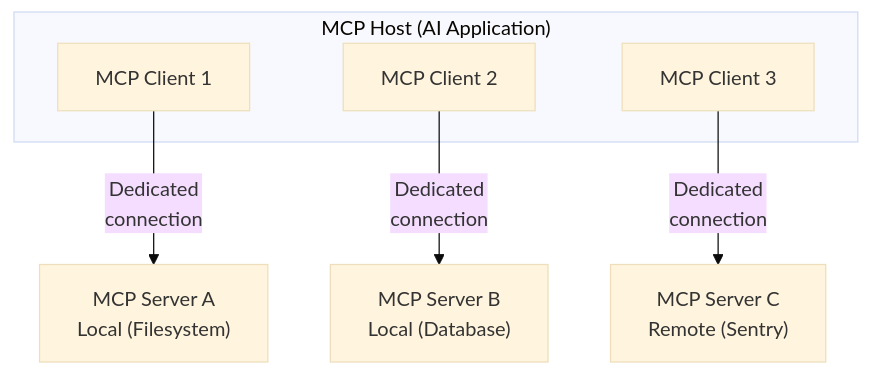
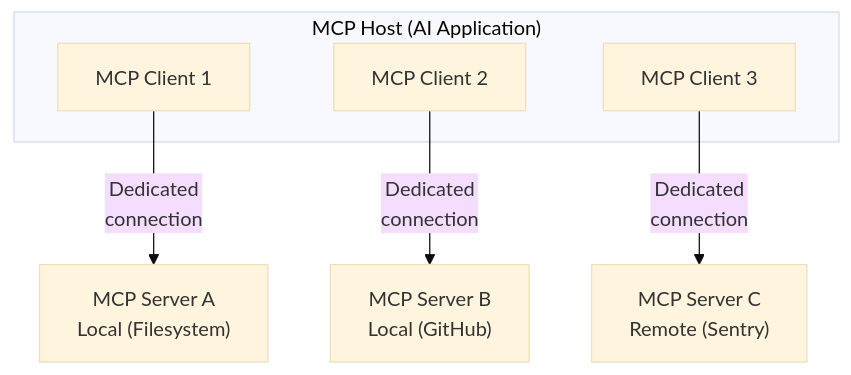
Before and after one commit to yoichiozaki/yoichiozaki.github.io: the first of 6 diagrams in content/blog/en/model-context-protocol.mdx, drawn with Mermaid (base theme). The commit also changed other lines of this file and 220 other files, not shown here.

````diff
--- a/content/blog/en/model-context-protocol.mdx
+++ b/content/blog/en/model-context-protocol.mdx
@@ -76,14 +76,14 @@
 ```mermaid
 graph TB
     subgraph Host["MCP Host (AI Application)"]
         C1["MCP Client 1"]
         C2["MCP Client 2"]
         C3["MCP Client 3"]
     end
     S1["MCP Server A\nLocal (Filesystem)"]
-    S2["MCP Server B\nLocal (Database)"]
+    S2["MCP Server B\nLocal (GitHub)"]
     S3["MCP Server C\nRemote (Sentry)"]
     C1 -- "Dedicated\nconnection" --> S1
     C2 -- "Dedicated\nconnection" --> S2
     C3 -- "Dedicated\nconnection" --> S3
 ```
````
